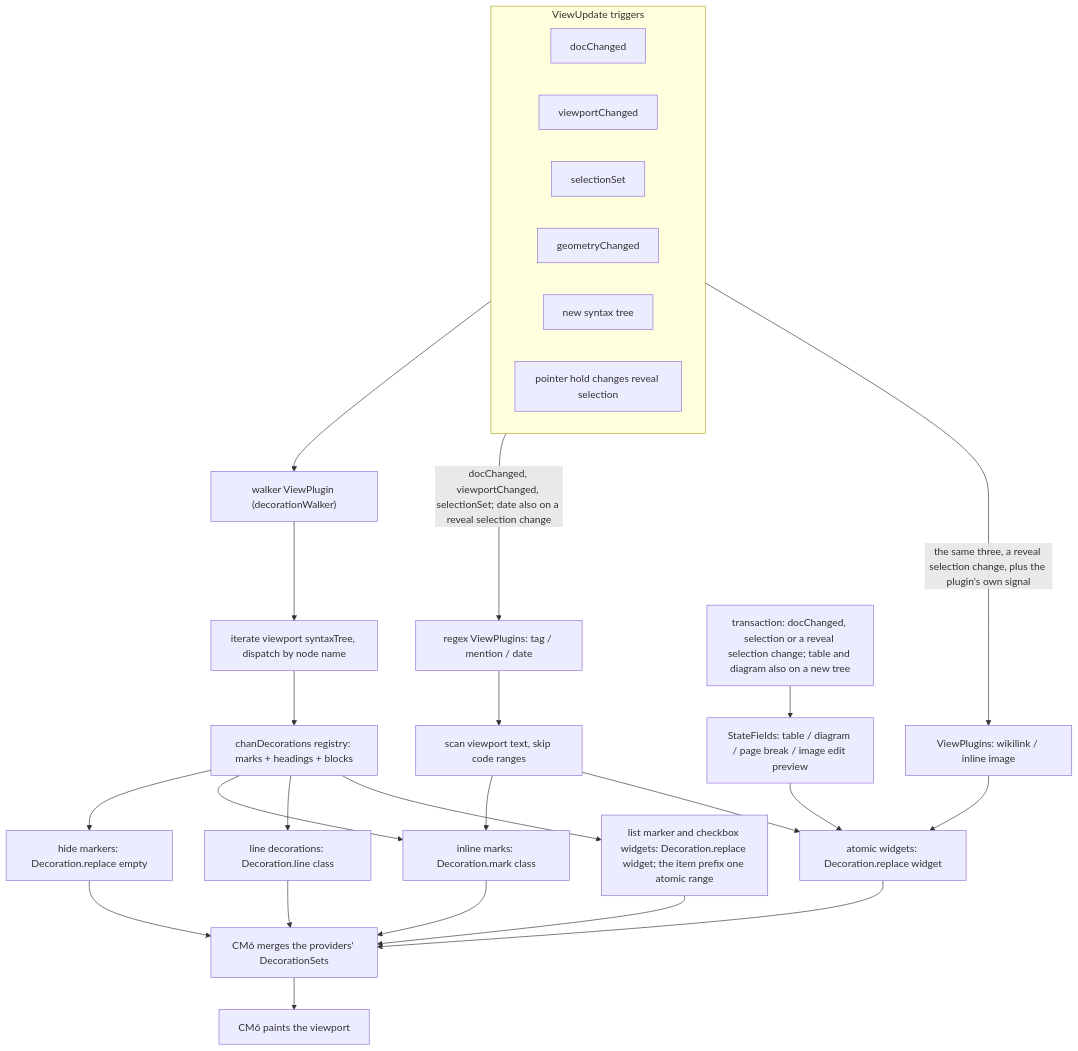
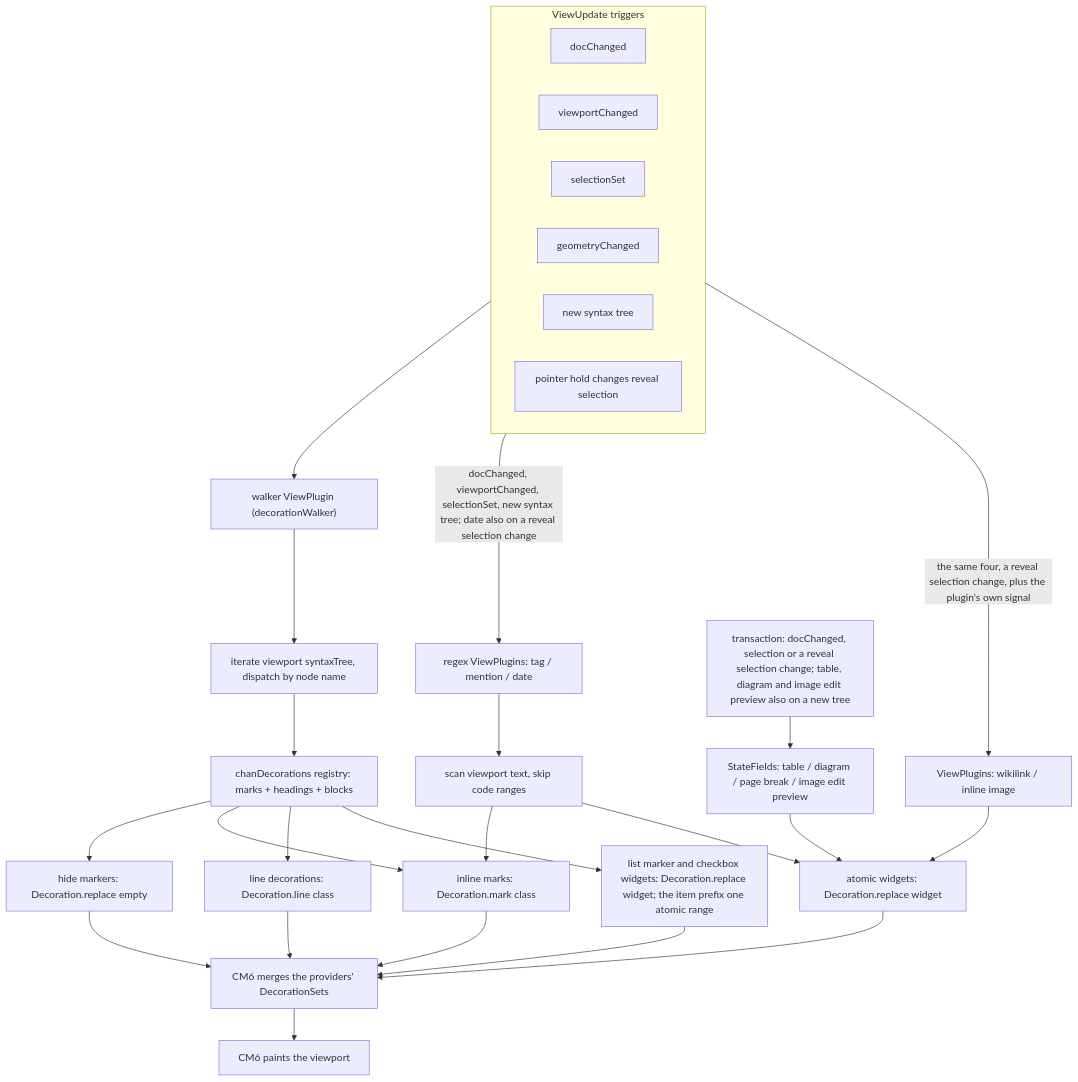
Before and after one commit to fiorix/chan: the first of 4 diagrams in web/packages/workspace-app/src/editor/design.md, drawn with Mermaid. The commit also changed 9 other files, not shown here.

````diff
--- a/web/packages/workspace-app/src/editor/design.md
+++ b/web/packages/workspace-app/src/editor/design.md
@@ -54,33 +54,33 @@
 ```mermaid
 flowchart TD
   subgraph TRIG["ViewUpdate triggers"]
     direction LR
     T1["docChanged"]
     T2["viewportChanged"]
     T3["selectionSet"]
     T4["geometryChanged"]
     T5["new syntax tree"]
     T6["pointer hold changes reveal selection"]
   end
   TRIG --> Walker["walker ViewPlugin (decorationWalker)"]
   Walker --> Iter["iterate viewport syntaxTree, dispatch by node name"]
   Iter --> Reg["chanDecorations registry: marks + headings + blocks"]
   Reg --> K1["hide markers: Decoration.replace empty"]
   Reg --> K2["inline marks: Decoration.mark class"]
   Reg --> K3["line decorations: Decoration.line class"]
   Reg --> K5["list marker and checkbox widgets: Decoration.replace widget; the item prefix one atomic range"]
-  TRIG -->|"docChanged, viewportChanged, selectionSet; date also on a reveal selection change"| Regex["regex ViewPlugins: tag / mention / date"]
+  TRIG -->|"docChanged, viewportChanged, selectionSet, new syntax tree; date also on a reveal selection change"| Regex["regex ViewPlugins: tag / mention / date"]
   Regex --> Skip["scan viewport text, skip code ranges"]
   Skip --> K2
   Skip --> K4["atomic widgets: Decoration.replace widget"]
-  TRIG -->|"the same three, a reveal selection change, plus the plugin's own signal"| Atoms["ViewPlugins: wikilink / inline image"]
+  TRIG -->|"the same four, a reveal selection change, plus the plugin's own signal"| Atoms["ViewPlugins: wikilink / inline image"]
   Atoms --> K4
-  TR["transaction: docChanged, selection or a reveal selection change; table and diagram also on a new tree"] --> Fields["StateFields: table / diagram / page break / image edit preview"]
+  TR["transaction: docChanged, selection or a reveal selection change; table, diagram and image edit preview also on a new tree"] --> Fields["StateFields: table / diagram / page break / image edit preview"]
   Fields --> K4
   K1 --> Merge["CM6 merges the providers' DecorationSets"]
   K2 --> Merge
   K3 --> Merge
   K4 --> Merge
   K5 --> Merge
   Merge --> Render["CM6 paints the viewport"]
 ```
````
